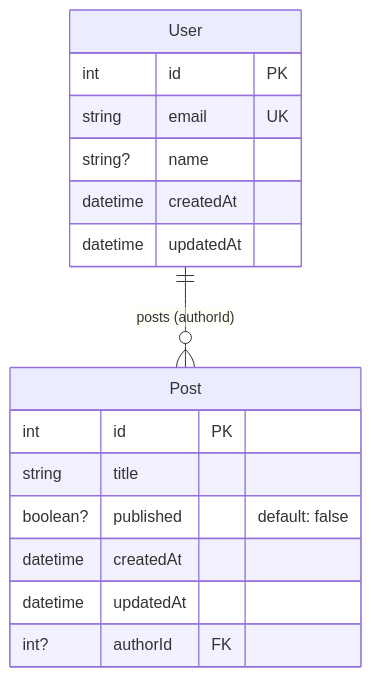
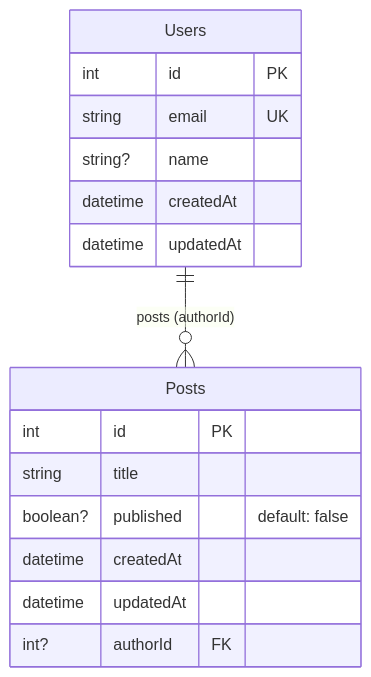
The third of 3 diagrams in README.md (NaufalK25/orm2erd), drawn with Mermaid before and after one commit. The commit also changed other lines of this file and 29 other files, not shown here.

````diff
--- a/README.md
+++ b/README.md
@@ -229,24 +272,24 @@
 ```mermaid
 erDiagram
 
   %% Entities
-  User {
+  Users {
     int id PK
     string email UK
     string? name
     datetime createdAt
     datetime updatedAt
   }
 
-  Post {
+  Posts {
     int id PK
     string title
     boolean? published "default: false"
     datetime createdAt
     datetime updatedAt
     int? authorId FK
   }
 
   %% Relationships
-  User ||--o{ Post : "posts (authorId)"
+  Users ||--o{ Posts : "posts (authorId)"
 ```
````
